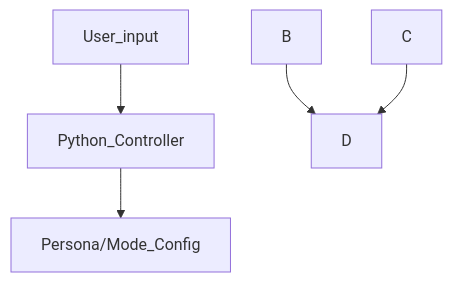
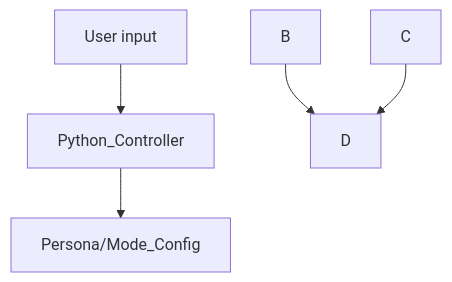
The diagram in README.md (Ace0I0/ESP32_Testing), drawn with Mermaid before and after one commit.

Commit message:
testing something else with mermaid diagrams

````diff
--- a/README.md
+++ b/README.md
@@ -20,7 +20,7 @@
 ```mermaid
 graph TD;
-    User_input-->Python_Controller;
+    A[User input]-->Python_Controller;
     Python_Controller-->Persona/Mode_Config;
     B-->D;
     C-->D;
 ```
````
